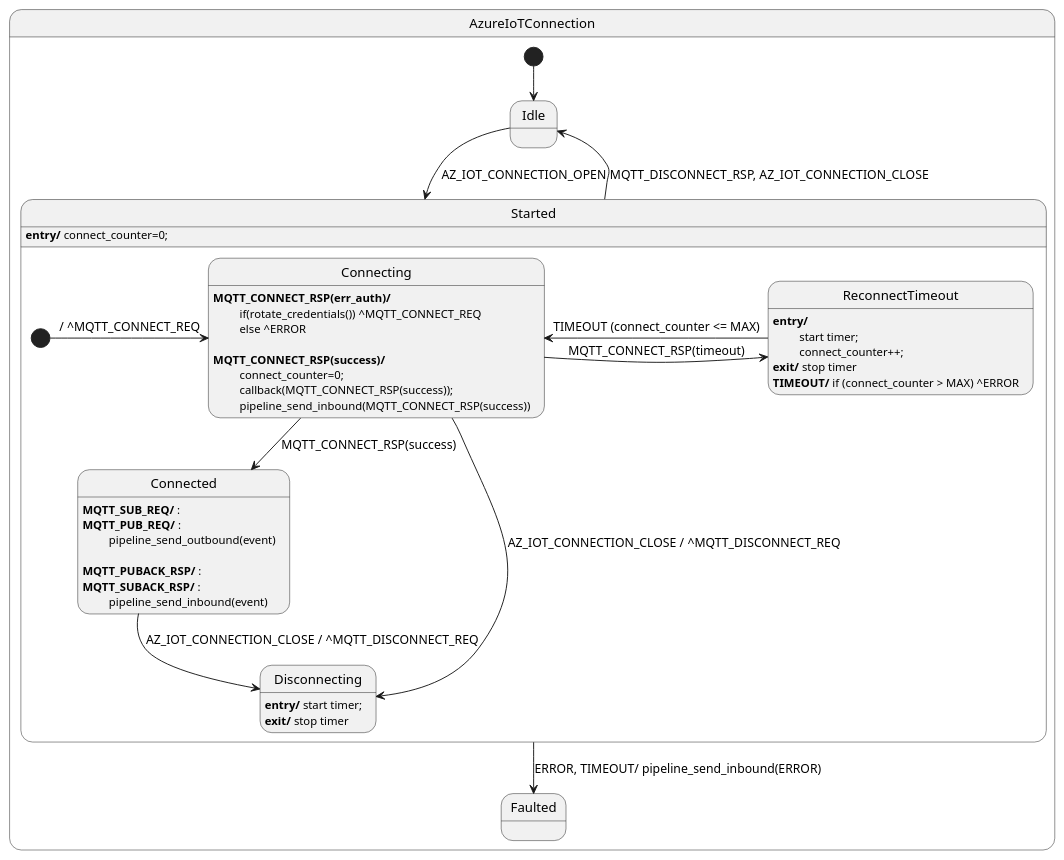
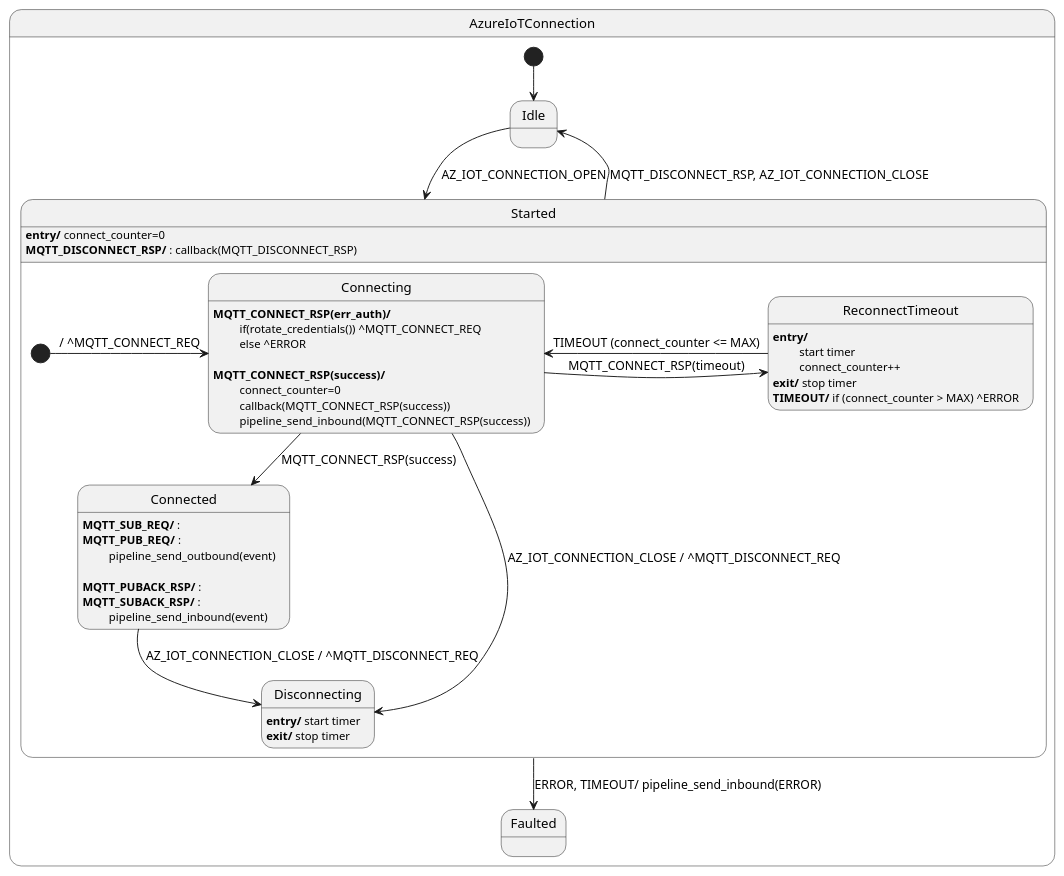
The diagram in sdk/docs/iot/resources/iot_hfsm_connection.puml (vaavva/azure-sdk-for-c-hfsm), drawn with PlantUML before and after one commit. The commit also changed 9 other files, not shown here.

Commit message:
Connect/Disconnect works.

```diff
--- a/sdk/docs/iot/resources/iot_hfsm_connection.puml
+++ b/sdk/docs/iot/resources/iot_hfsm_connection.puml
@@ -1,52 +1,53 @@
 @startuml
 
 state AzureIoTConnection {
     state Idle
     state Faulted
 
     state Started {
         state Connecting
         Connecting : <b>MQTT_CONNECT_RSP(err_auth)/</b>
         Connecting : \t if(rotate_credentials()) ^MQTT_CONNECT_REQ
         Connecting : \t else ^ERROR
         Connecting :
         Connecting : <b>MQTT_CONNECT_RSP(success)/</b> 
-        Connecting : \t connect_counter=0;
-        Connecting : \t callback(MQTT_CONNECT_RSP(success));
+        Connecting : \t connect_counter=0
+        Connecting : \t callback(MQTT_CONNECT_RSP(success))
         Connecting : \t pipeline_send_inbound(MQTT_CONNECT_RSP(success))
 
         state Connected
         Connected : <b>MQTT_SUB_REQ/</b> :
         Connected : <b>MQTT_PUB_REQ/</b> :
         Connected : \t pipeline_send_outbound(event)
         Connected : 
         Connected : <b>MQTT_PUBACK_RSP/</b> :
         Connected : <b>MQTT_SUBACK_RSP/</b> :
         Connected : \t pipeline_send_inbound(event)
 
         state ReconnectTimeout
         ReconnectTimeout : <b>entry/</b> 
-        ReconnectTimeout : \t start timer;
-        ReconnectTimeout : \t connect_counter++;
+        ReconnectTimeout : \t start timer
+        ReconnectTimeout : \t connect_counter++
         ReconnectTimeout : <b>exit/</b> stop timer
         ReconnectTimeout : <b>TIMEOUT/</b> if (connect_counter > MAX) ^ERROR
 
         state Disconnecting
-        Disconnecting : <b>entry/</b> start timer; 
+        Disconnecting : <b>entry/</b> start timer 
         Disconnecting : <b>exit/</b> stop timer
 
         [*] -> Connecting : / ^MQTT_CONNECT_REQ
         Connecting --> Connected : MQTT_CONNECT_RSP(success)
         Connecting -> ReconnectTimeout : MQTT_CONNECT_RSP(timeout)
         Connecting --> Disconnecting : AZ_IOT_CONNECTION_CLOSE / ^MQTT_DISCONNECT_REQ
         Connected --> Disconnecting : AZ_IOT_CONNECTION_CLOSE / ^MQTT_DISCONNECT_REQ
         ReconnectTimeout -> Connecting : TIMEOUT (connect_counter <= MAX)
     }
-    Started : <b>entry/</b> connect_counter=0;
+    Started : <b>entry/</b> connect_counter=0
+    Started : <b>MQTT_DISCONNECT_RSP/</b> : callback(MQTT_DISCONNECT_RSP)
 
     [*] --> Idle
     Idle -> Started : AZ_IOT_CONNECTION_OPEN
     Started --> Idle : MQTT_DISCONNECT_RSP, AZ_IOT_CONNECTION_CLOSE
     Started --> Faulted: ERROR, TIMEOUT/ pipeline_send_inbound(ERROR)
 
 @enduml
```
